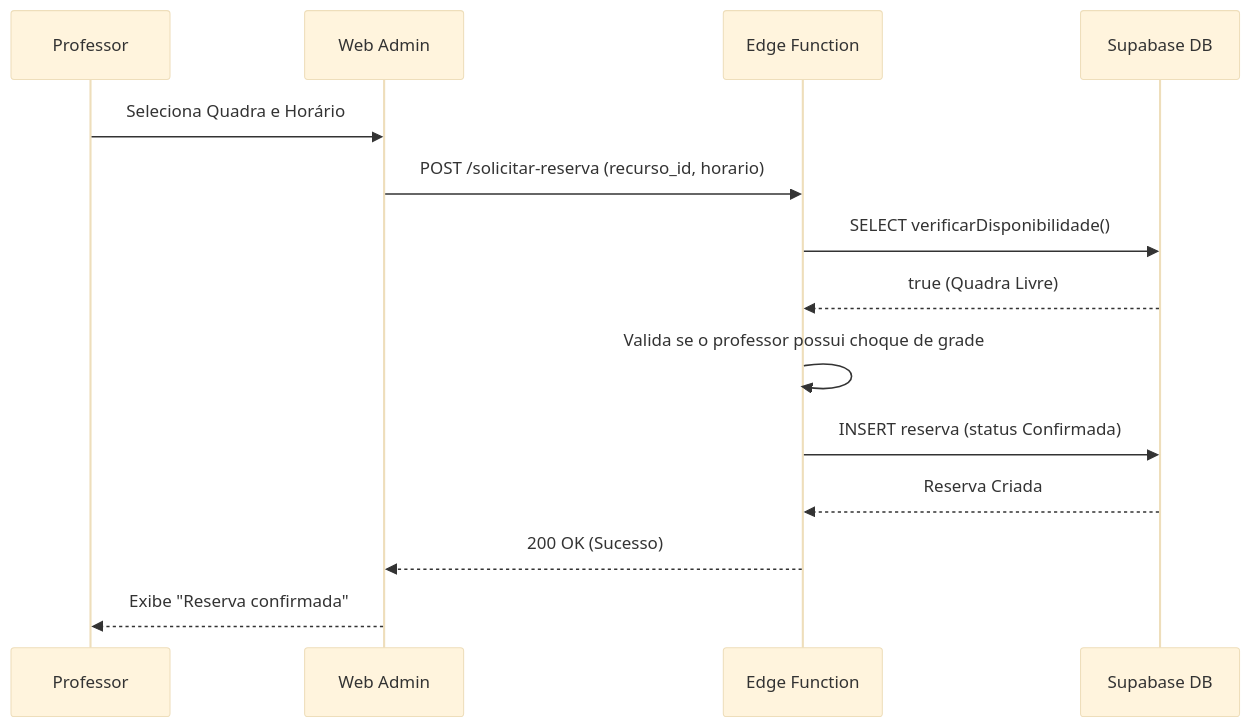
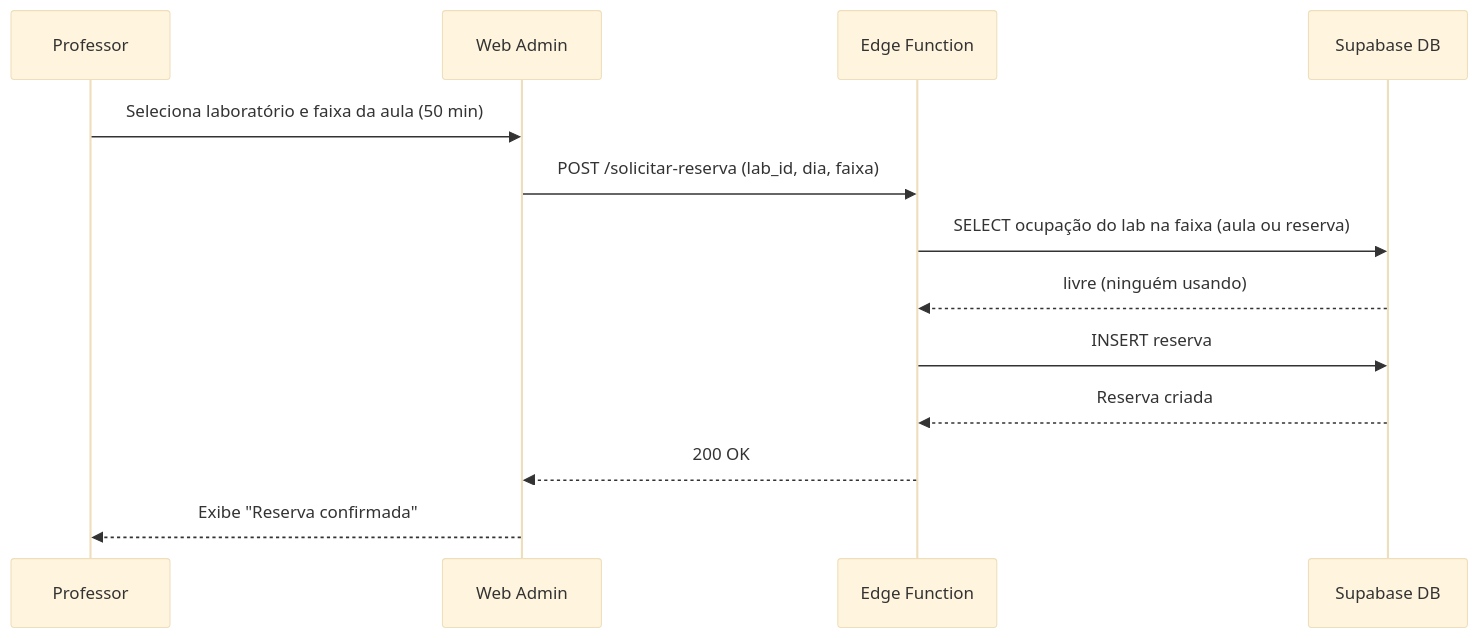
Before and after one commit to Victorhugowille/ProjetoFinal_AASC: the third of 4 diagrams in trabalho_arquitetura_escola.md, drawn with Mermaid (base theme). The commit also changed other lines of this file and 2 other files, not shown here.

````diff
--- a/trabalho_arquitetura_escola.md
+++ b/trabalho_arquitetura_escola.md
@@ -95,21 +95,19 @@
 ```mermaid
 sequenceDiagram
     participant Prof as Professor
     participant Web as Web Admin
     participant Edge as Edge Function
     participant DB as Supabase DB
 
-    Prof->>Web: Seleciona Quadra e Horário
-    Web->>Edge: POST /solicitar-reserva (recurso_id, horario)
+    Prof->>Web: Seleciona laboratório e faixa da aula (50 min)
+    Web->>Edge: POST /solicitar-reserva (lab_id, dia, faixa)
     
-    Edge->>DB: SELECT verificarDisponibilidade()
-    DB-->>Edge: true (Quadra Livre)
+    Edge->>DB: SELECT ocupação do lab na faixa (aula ou reserva)
+    DB-->>Edge: livre (ninguém usando)
     
-    Edge->>Edge: Valida se o professor possui choque de grade
+    Edge->>DB: INSERT reserva
+    DB-->>Edge: Reserva criada
     
-    Edge->>DB: INSERT reserva (status Confirmada)
-    DB-->>Edge: Reserva Criada
-    
-    Edge-->>Web: 200 OK (Sucesso)
+    Edge-->>Web: 200 OK
     Web-->>Prof: Exibe "Reserva confirmada"
 ```
````
